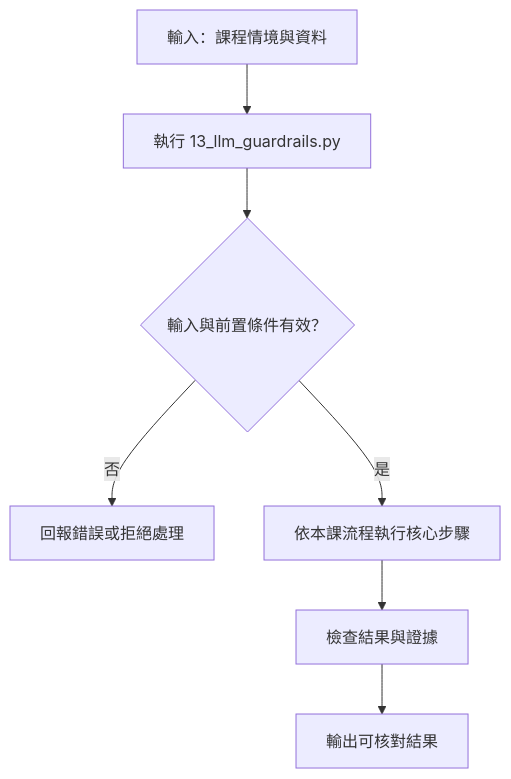
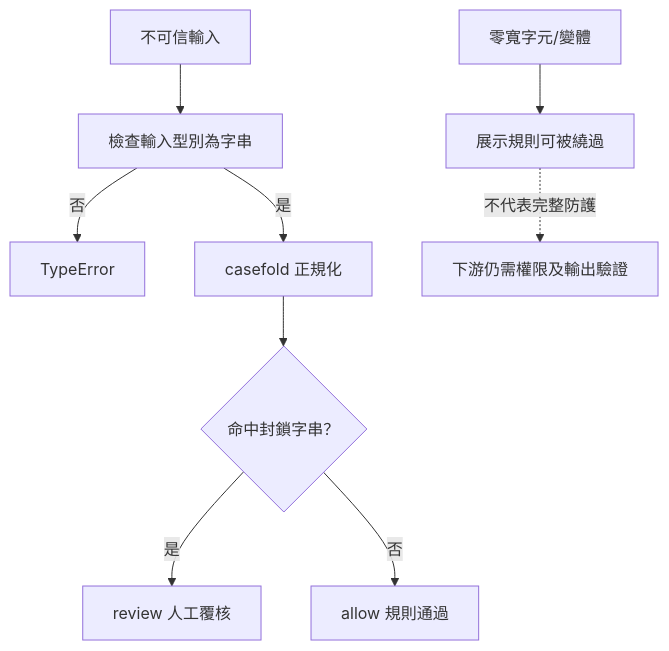
Before and after one commit to 4-learn/LLM-demo: the diagram in 13-llm-guardrails.md, drawn with Mermaid. The commit also changed other lines of this file and 66 other files, not shown here.

Commit message:
[pm] docs: expand lesson diagrams and fix course mapping (#17)

````diff
--- a/13-llm-guardrails.md
+++ b/13-llm-guardrails.md
@@ -9,9 +9,11 @@
 ```mermaid
 flowchart TD
-    A[輸入：課程情境與資料] --> B[執行 13_llm_guardrails.py]
-    B --> C{輸入與前置條件有效？}
-    C -- 否 --> D[回報錯誤或拒絕處理]
-    C -- 是 --> E[依本課流程執行核心步驟]
-    E --> F[檢查結果與證據]
-    F --> G[輸出可核對結果]
+    A[不可信輸入] --> B[檢查輸入型別為字串]
+    B -- 否 --> X[TypeError]
+    B -- 是 --> C[casefold 正規化]
+    C --> D{命中封鎖字串？}
+    D -- 是 --> E[review 人工覆核]
+    D -- 否 --> F[allow 規則通過]
+    G[零寬字元/變體] --> H[展示規則可被繞過]
+    H -. 不代表完整防護 .-> I[下游仍需權限及輸出驗證]
 ```
````
